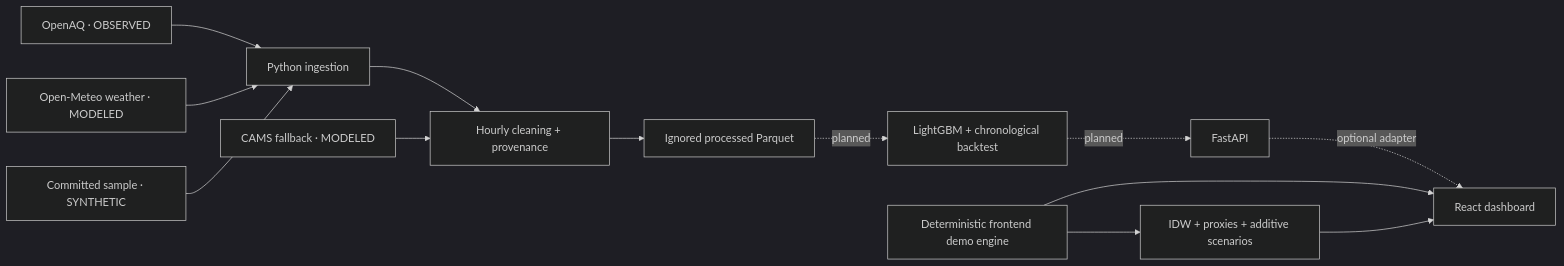
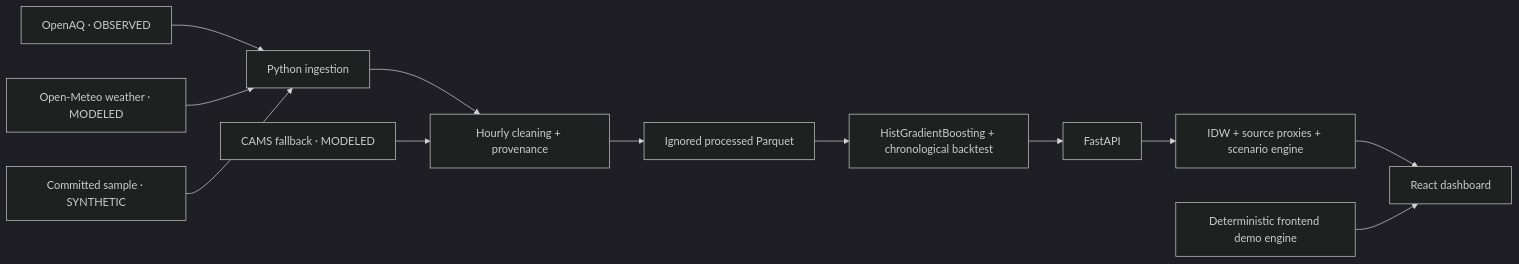
Before and after one commit to RajvardhanPatil07/AirTwin: the diagram in README.md, drawn with Mermaid (dark theme). The commit also changed other lines of this file and 24 other files, not shown here.

````diff
--- a/README.md
+++ b/README.md
@@ -148,15 +163,14 @@
 ```mermaid
 flowchart LR
   OA["OpenAQ · OBSERVED"] --> FETCH["Python ingestion"]
   OM["Open-Meteo weather · MODELED"] --> FETCH
   SAMPLE["Committed sample · SYNTHETIC"] --> FETCH
   FETCH --> BUILD["Hourly cleaning + provenance"]
   CAMS["CAMS fallback · MODELED"] --> BUILD
   BUILD --> PARQUET["Ignored processed Parquet"]
-  PARQUET -. planned .-> ML["LightGBM + chronological backtest"]
-  ML -. planned .-> API["FastAPI"]
-  API -. optional adapter .-> UI["React dashboard"]
+  PARQUET --> ML["HistGradientBoosting + chronological backtest"]
+  ML --> API["FastAPI"]
+  API --> TWIN["IDW + source proxies + scenario engine"]
+  TWIN --> UI["React dashboard"]
   DEMO["Deterministic frontend demo engine"] --> UI
-  DEMO --> GRID["IDW + proxies + additive scenarios"]
-  GRID --> UI
 ```
````
